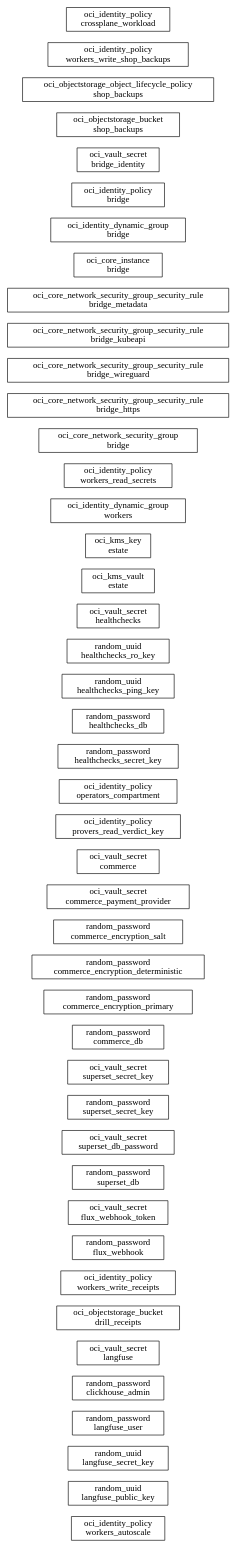
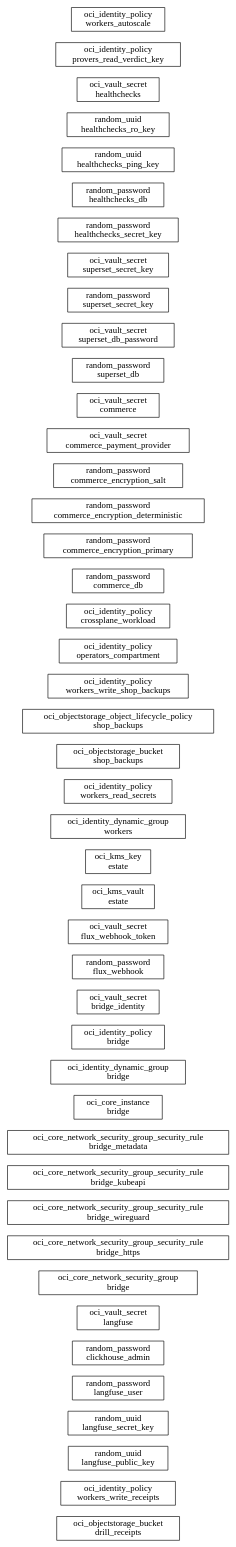
Before and after one commit to chidionyema/idp: the diagram in docs/diagrams/estate-dag.dot, drawn with Graphviz. The commit also changed other lines of this file, not shown here.

First line of the commit message:
chore(estate-dag): regenerate topology DAG from infrastructure state

```diff
--- a/docs/diagrams/estate-dag.dot
+++ b/docs/diagrams/estate-dag.dot
@@ -1,48 +1,48 @@
 digraph {
   rankdir=LR;
   node [shape=box];
-  "oci_identity_policy.workers_autoscale" [label="oci_identity_policy\nworkers_autoscale"];
+  "oci_objectstorage_bucket.drill_receipts" [label="oci_objectstorage_bucket\ndrill_receipts"];
+  "oci_identity_policy.workers_write_receipts" [label="oci_identity_policy\nworkers_write_receipts"];
   "random_uuid.langfuse_public_key" [label="random_uuid\nlangfuse_public_key"];
   "random_uuid.langfuse_secret_key" [label="random_uuid\nlangfuse_secret_key"];
   "random_password.langfuse_user" [label="random_password\nlangfuse_user"];
   "random_password.clickhouse_admin" [label="random_password\nclickhouse_admin"];
   "oci_vault_secret.langfuse" [label="oci_vault_secret\nlangfuse"];
-  "oci_objectstorage_bucket.drill_receipts" [label="oci_objectstorage_bucket\ndrill_receipts"];
-  "oci_identity_policy.workers_write_receipts" [label="oci_identity_policy\nworkers_write_receipts"];
-  "random_password.flux_webhook" [label="random_password\nflux_webhook"];
-  "oci_vault_secret.flux_webhook_token" [label="oci_vault_secret\nflux_webhook_token"];
-  "random_password.superset_db" [label="random_password\nsuperset_db"];
-  "oci_vault_secret.superset_db_password" [label="oci_vault_secret\nsuperset_db_password"];
-  "random_password.superset_secret_key" [label="random_password\nsuperset_secret_key"];
-  "oci_vault_secret.superset_secret_key" [label="oci_vault_secret\nsuperset_secret_key"];
-  "random_password.commerce_db" [label="random_password\ncommerce_db"];
-  "random_password.commerce_encryption_primary" [label="random_password\ncommerce_encryption_primary"];
-  "random_password.commerce_encryption_deterministic" [label="random_password\ncommerce_encryption_deterministic"];
-  "random_password.commerce_encryption_salt" [label="random_password\ncommerce_encryption_salt"];
-  "oci_vault_secret.commerce_payment_provider" [label="oci_vault_secret\ncommerce_payment_provider"];
-  "oci_vault_secret.commerce" [label="oci_vault_secret\ncommerce"];
-  "oci_identity_policy.provers_read_verdict_key" [label="oci_identity_policy\nprovers_read_verdict_key"];
-  "oci_identity_policy.operators_compartment" [label="oci_identity_policy\noperators_compartment"];
-  "random_password.healthchecks_secret_key" [label="random_password\nhealthchecks_secret_key"];
-  "random_password.healthchecks_db" [label="random_password\nhealthchecks_db"];
-  "random_uuid.healthchecks_ping_key" [label="random_uuid\nhealthchecks_ping_key"];
-  "random_uuid.healthchecks_ro_key" [label="random_uuid\nhealthchecks_ro_key"];
-  "oci_vault_secret.healthchecks" [label="oci_vault_secret\nhealthchecks"];
-  "oci_kms_vault.estate" [label="oci_kms_vault\nestate"];
-  "oci_kms_key.estate" [label="oci_kms_key\nestate"];
-  "oci_identity_dynamic_group.workers" [label="oci_identity_dynamic_group\nworkers"];
-  "oci_identity_policy.workers_read_secrets" [label="oci_identity_policy\nworkers_read_secrets"];
   "oci_core_network_security_group.bridge" [label="oci_core_network_security_group\nbridge"];
   "oci_core_network_security_group_security_rule.bridge_https" [label="oci_core_network_security_group_security_rule\nbridge_https"];
   "oci_core_network_security_group_security_rule.bridge_wireguard" [label="oci_core_network_security_group_security_rule\nbridge_wireguard"];
   "oci_core_network_security_group_security_rule.bridge_kubeapi" [label="oci_core_network_security_group_security_rule\nbridge_kubeapi"];
   "oci_core_network_security_group_security_rule.bridge_metadata" [label="oci_core_network_security_group_security_rule\nbridge_metadata"];
   "oci_core_instance.bridge" [label="oci_core_instance\nbridge"];
   "oci_identity_dynamic_group.bridge" [label="oci_identity_dynamic_group\nbridge"];
   "oci_identity_policy.bridge" [label="oci_identity_policy\nbridge"];
   "oci_vault_secret.bridge_identity" [label="oci_vault_secret\nbridge_identity"];
+  "random_password.flux_webhook" [label="random_password\nflux_webhook"];
+  "oci_vault_secret.flux_webhook_token" [label="oci_vault_secret\nflux_webhook_token"];
+  "oci_kms_vault.estate" [label="oci_kms_vault\nestate"];
+  "oci_kms_key.estate" [label="oci_kms_key\nestate"];
+  "oci_identity_dynamic_group.workers" [label="oci_identity_dynamic_group\nworkers"];
+  "oci_identity_policy.workers_read_secrets" [label="oci_identity_policy\nworkers_read_secrets"];
   "oci_objectstorage_bucket.shop_backups" [label="oci_objectstorage_bucket\nshop_backups"];
   "oci_objectstorage_object_lifecycle_policy.shop_backups" [label="oci_objectstorage_object_lifecycle_policy\nshop_backups"];
   "oci_identity_policy.workers_write_shop_backups" [label="oci_identity_policy\nworkers_write_shop_backups"];
+  "oci_identity_policy.operators_compartment" [label="oci_identity_policy\noperators_compartment"];
   "oci_identity_policy.crossplane_workload" [label="oci_identity_policy\ncrossplane_workload"];
+  "random_password.commerce_db" [label="random_password\ncommerce_db"];
+  "random_password.commerce_encryption_primary" [label="random_password\ncommerce_encryption_primary"];
+  "random_password.commerce_encryption_deterministic" [label="random_password\ncommerce_encryption_deterministic"];
+  "random_password.commerce_encryption_salt" [label="random_password\ncommerce_encryption_salt"];
+  "oci_vault_secret.commerce_payment_provider" [label="oci_vault_secret\ncommerce_payment_provider"];
+  "oci_vault_secret.commerce" [label="oci_vault_secret\ncommerce"];
+  "random_password.superset_db" [label="random_password\nsuperset_db"];
+  "oci_vault_secret.superset_db_password" [label="oci_vault_secret\nsuperset_db_password"];
+  "random_password.superset_secret_key" [label="random_password\nsuperset_secret_key"];
+  "oci_vault_secret.superset_secret_key" [label="oci_vault_secret\nsuperset_secret_key"];
+  "random_password.healthchecks_secret_key" [label="random_password\nhealthchecks_secret_key"];
+  "random_password.healthchecks_db" [label="random_password\nhealthchecks_db"];
+  "random_uuid.healthchecks_ping_key" [label="random_uuid\nhealthchecks_ping_key"];
+  "random_uuid.healthchecks_ro_key" [label="random_uuid\nhealthchecks_ro_key"];
+  "oci_vault_secret.healthchecks" [label="oci_vault_secret\nhealthchecks"];
+  "oci_identity_policy.provers_read_verdict_key" [label="oci_identity_policy\nprovers_read_verdict_key"];
+  "oci_identity_policy.workers_autoscale" [label="oci_identity_policy\nworkers_autoscale"];
 }
```
